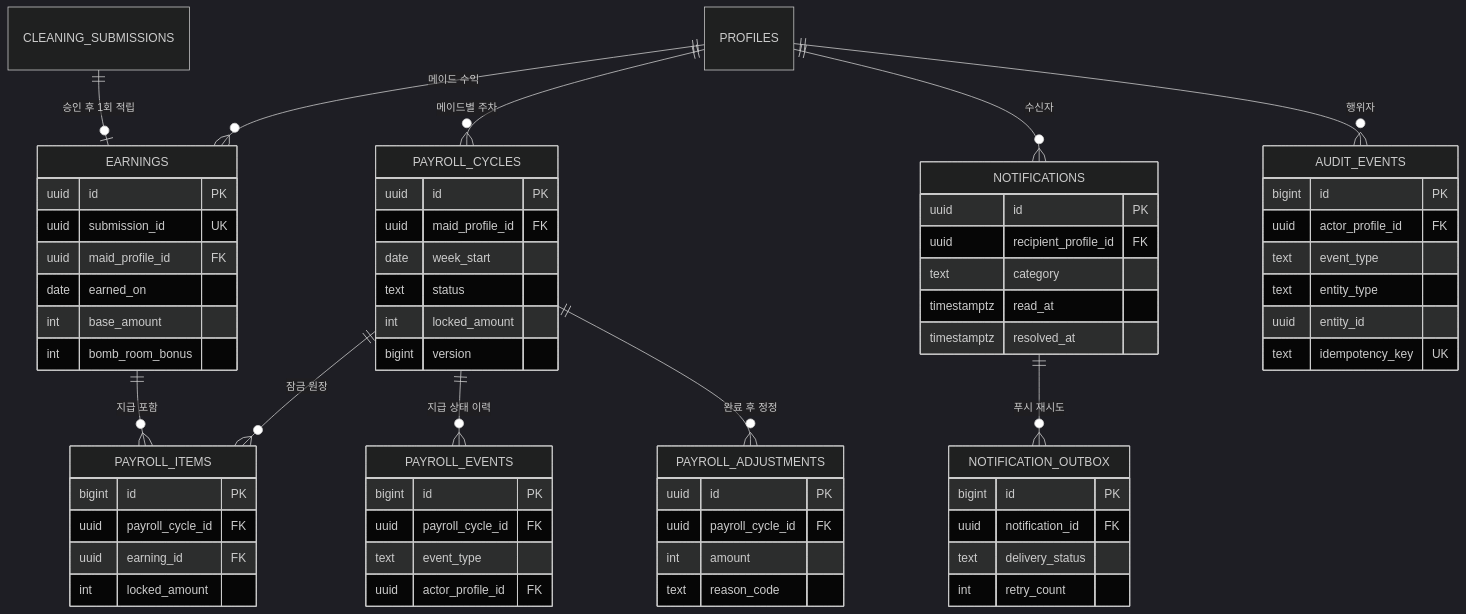
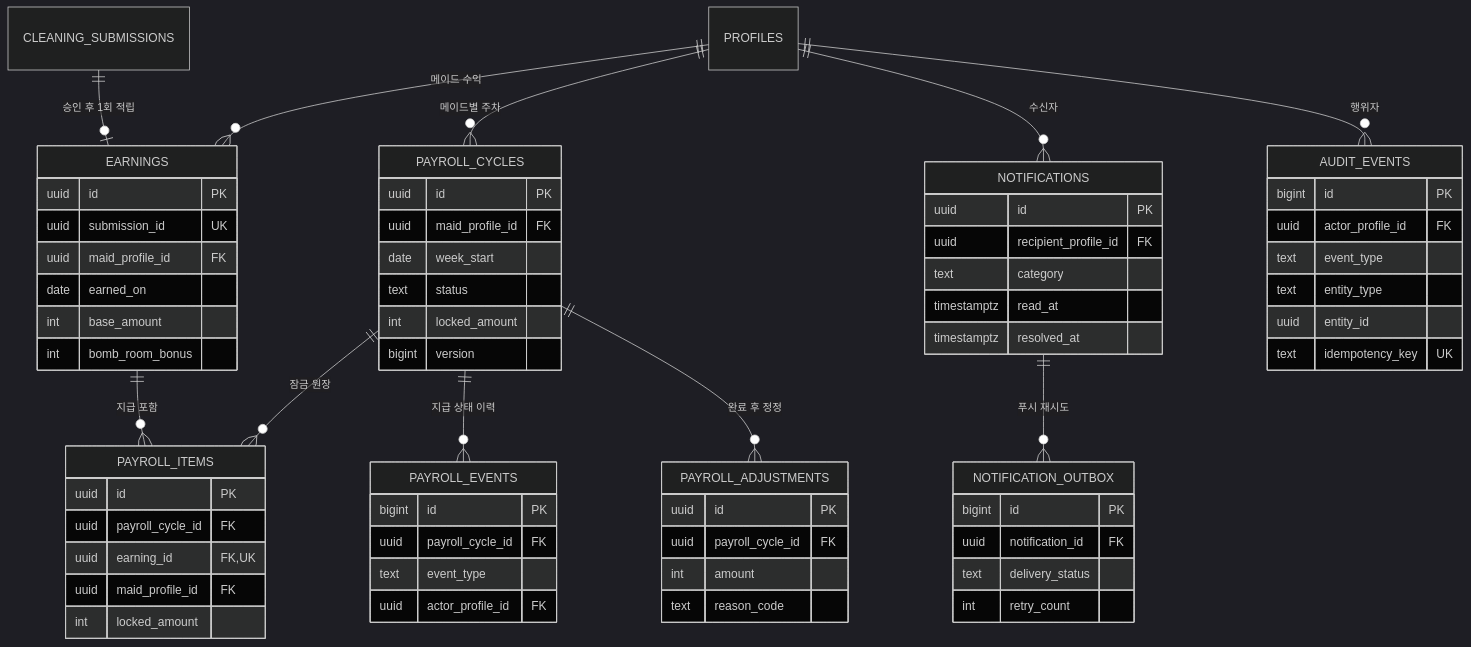
The fifth of 5 diagrams in docs/ERD.md (wrongstory/room-management-system-backend), drawn with Mermaid (dark theme) before and after one commit. The commit also changed other lines of this file and 38 other files, not shown here.

````diff
--- a/docs/ERD.md
+++ b/docs/ERD.md
@@ -275,69 +269,70 @@
 ```mermaid
 erDiagram
   CLEANING_SUBMISSIONS ||--o| EARNINGS : "승인 후 1회 적립"
   PROFILES ||--o{ EARNINGS : "메이드 수익"
   PROFILES ||--o{ PAYROLL_CYCLES : "메이드별 주차"
   PAYROLL_CYCLES ||--o{ PAYROLL_ITEMS : "잠금 원장"
   EARNINGS ||--o{ PAYROLL_ITEMS : "지급 포함"
   PAYROLL_CYCLES ||--o{ PAYROLL_EVENTS : "지급 상태 이력"
   PAYROLL_CYCLES ||--o{ PAYROLL_ADJUSTMENTS : "완료 후 정정"
   PROFILES ||--o{ NOTIFICATIONS : "수신자"
   NOTIFICATIONS ||--o{ NOTIFICATION_OUTBOX : "푸시 재시도"
   PROFILES ||--o{ AUDIT_EVENTS : "행위자"
 
   EARNINGS {
     uuid id PK
     uuid submission_id UK
     uuid maid_profile_id FK
     date earned_on
     int base_amount
     int bomb_room_bonus
   }
   PAYROLL_CYCLES {
     uuid id PK
     uuid maid_profile_id FK
     date week_start
     text status
     int locked_amount
     bigint version
   }
   PAYROLL_ITEMS {
-    bigint id PK
+    uuid id PK
     uuid payroll_cycle_id FK
-    uuid earning_id FK
+    uuid earning_id FK,UK
+    uuid maid_profile_id FK
     int locked_amount
   }
   PAYROLL_EVENTS {
     bigint id PK
     uuid payroll_cycle_id FK
     text event_type
     uuid actor_profile_id FK
   }
   PAYROLL_ADJUSTMENTS {
     uuid id PK
     uuid payroll_cycle_id FK
     int amount
     text reason_code
   }
   NOTIFICATIONS {
     uuid id PK
     uuid recipient_profile_id FK
     text category
     timestamptz read_at
     timestamptz resolved_at
   }
   NOTIFICATION_OUTBOX {
     bigint id PK
     uuid notification_id FK
     text delivery_status
     int retry_count
   }
   AUDIT_EVENTS {
     bigint id PK
     uuid actor_profile_id FK
     text event_type
     text entity_type
     uuid entity_id
     text idempotency_key UK
   }
 ```
````
